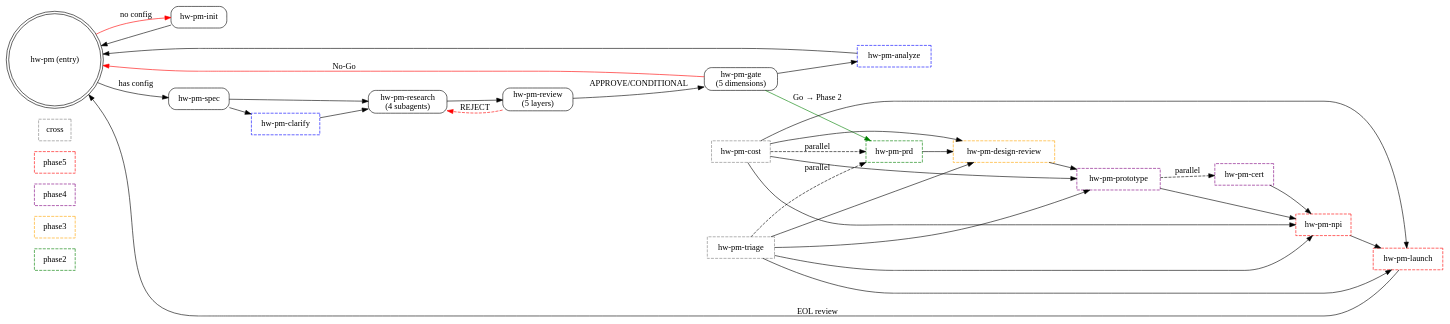
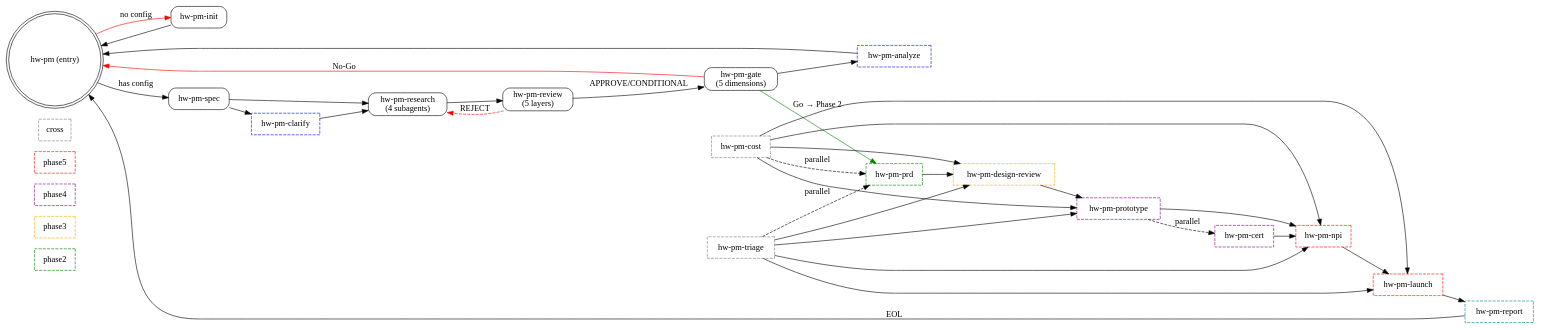
Before and after one commit to visioner3d/hw-pm-skills: the diagram in README.md, drawn with Graphviz. The commit also changed other lines of this file and 41 other files, not shown here.

````diff
--- a/README.md
+++ b/README.md
@@ -46,60 +47,62 @@
 ```dot
 digraph workflow {
     rankdir=LR;
     node [shape=box, style=rounded];
     phase2 [style=dashed, color=green];
     phase3 [style=dashed, color=orange];
     phase4 [style=dashed, color=purple];
     phase5 [style=dashed, color=red];
     cross [style=dashed, color=gray];
 
     entry [label="hw-pm (entry)", shape=doublecircle];
     init [label="hw-pm-init"];
     spec [label="hw-pm-spec"];
     clarify [label="hw-pm-clarify", style=dashed, color=blue];
     research [label="hw-pm-research\n(4 subagents)"];
     review [label="hw-pm-review\n(5 layers)"];
     gate [label="hw-pm-gate\n(5 dimensions)"];
     analyze [label="hw-pm-analyze", style=dashed, color=blue];
 
     prd [label="hw-pm-prd", style=dashed, color=green];
     design [label="hw-pm-design-review", style=dashed, color=orange];
     proto [label="hw-pm-prototype", style=dashed, color=purple];
     cert [label="hw-pm-cert", style=dashed, color=purple];
     npi [label="hw-pm-npi", style=dashed, color=red];
     launch [label="hw-pm-launch", style=dashed, color=red];
     cost [label="hw-pm-cost", style=dashed, color=gray];
     triage [label="hw-pm-triage", style=dashed, color=gray];
+    report [label="hw-pm-report", style=dashed, color=teal];
 
     entry -> init [label="no config", color=red];
     entry -> spec [label="has config"];
     init -> entry;
     spec -> clarify;
     clarify -> research;
     spec -> research;
     research -> review;
     review -> research [label="REJECT", color=red, style=dashed];
     review -> gate [label="APPROVE/CONDITIONAL"];
     gate -> analyze;
     gate -> entry [label="No-Go", color=red];
     gate -> prd [label="Go → Phase 2", color=green];
     analyze -> entry;
     prd -> design;
     design -> proto;
     proto -> npi;
     npi -> launch;
-    launch -> entry [label="EOL review"];
+    launch -> report;
+    report -> entry [label="EOL"];
     proto -> cert [style=dashed, label="parallel"];
     cert -> npi;
     cost -> prd [style=dashed, label="parallel"];
     cost -> design;
     cost -> proto;
     cost -> npi;
     cost -> launch;
     triage -> prd [style=dashed, label="parallel"];
     triage -> design;
     triage -> proto;
     triage -> npi;
     triage -> launch;
 }
 ```
````
